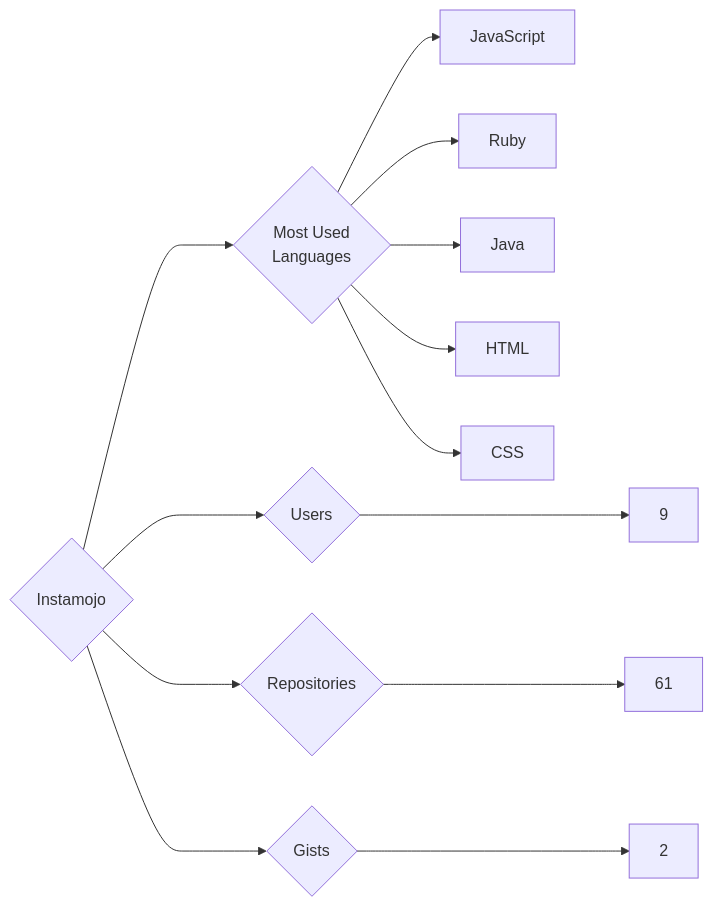
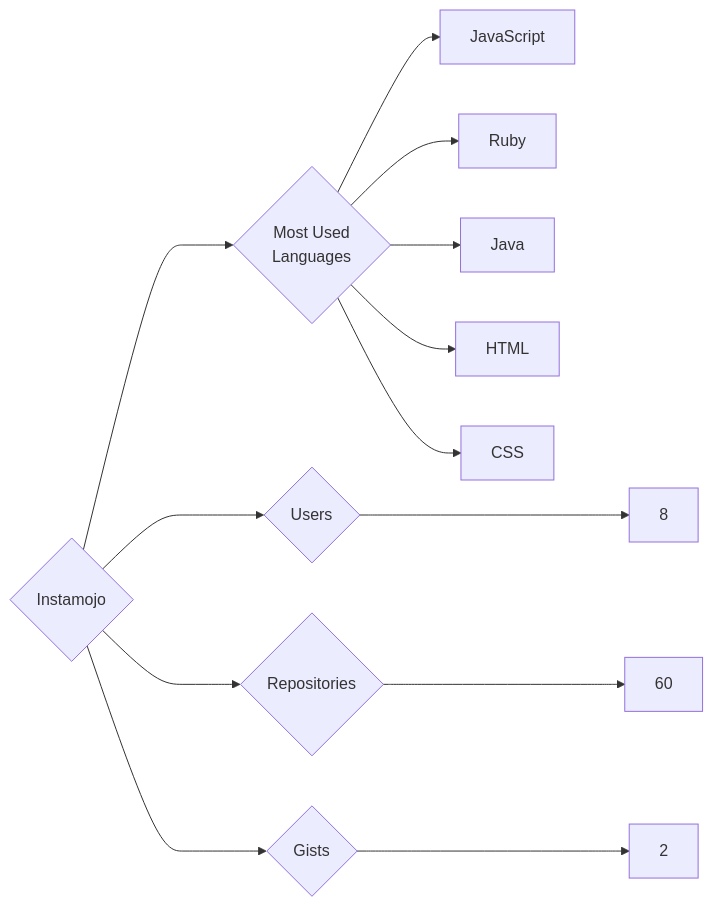
The diagram in targets/Instamojo/README.md (trickest/insiders), drawn with Mermaid before and after one commit. The commit also changed 1078 other files, not shown here.

````diff
--- a/targets/Instamojo/README.md
+++ b/targets/Instamojo/README.md
@@ -3,13 +3,13 @@
 ```mermaid
 graph LR
 COMPANY_NAME{Instamojo}
-COMPANY_NAME ---> U{Users} ---> UN[9]
-COMPANY_NAME ---> R{Repositories} ---> RN[61]
+COMPANY_NAME ---> U{Users} ---> UN[8]
+COMPANY_NAME ---> R{Repositories} ---> RN[60]
 COMPANY_NAME ---> G{Gists} ---> GN[2]
 COMPANY_NAME ---> ML{Most Used<br>Languages}
 ML --> JavaScript[JavaScript]
 ML --> Ruby[Ruby]
 ML --> Java[Java]
 ML --> HTML[HTML]
 ML --> CSS[CSS]
 ```
````
